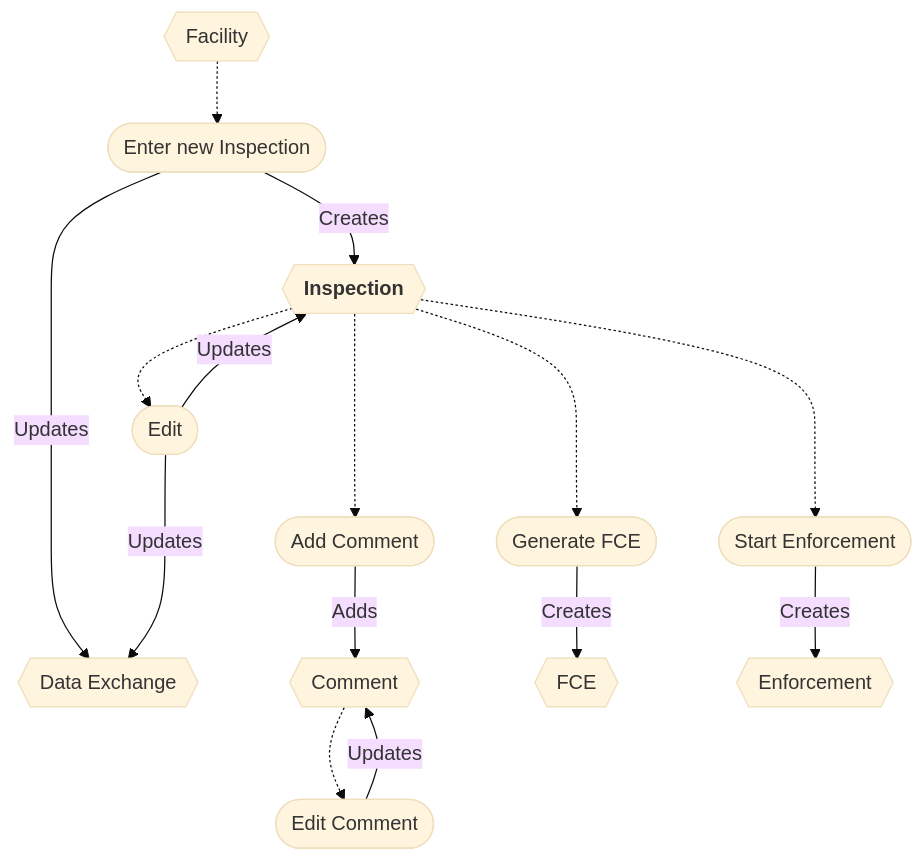
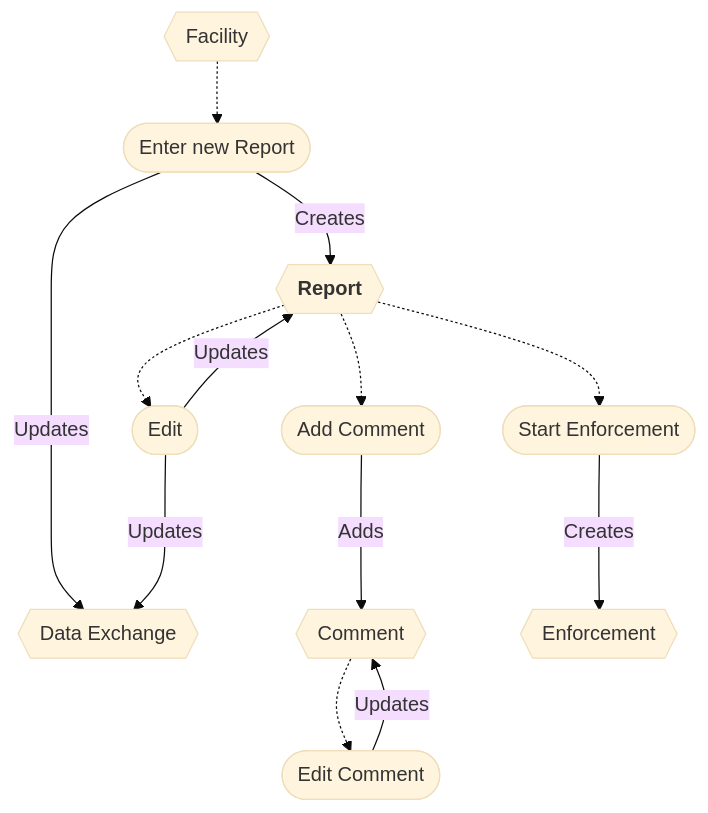
Before and after one commit to gaepdit/air-web: the diagram in docs/Workflows/Report-workflow.md, drawn with Mermaid (base theme). The commit also changed 4 other files, not shown here.

````diff
--- a/docs/Workflows/Report-workflow.md
+++ b/docs/Workflows/Report-workflow.md
@@ -11,33 +11,29 @@
 ```mermaid
 flowchart
     FAC{{Facility}}
-    INS{{"`**Inspection**`"}}
+    REP{{"`**Report**`"}}
     DX{{Data Exchange}}
     CMT{{Comment}}
-    FCE{{FCE}}
     ENF{{Enforcement}}
 
-    enter([Enter new Inspection])
+    enter([Enter new Report])
     comment([Add Comment])
     edit([Edit])
     enforce([Start Enforcement])
-    updateComment([Edit Comment])
-    fce([Generate FCE])
+    editComment([Edit Comment])
 
     FAC -.-> enter
-    INS -.-> edit
-    INS -..-> comment
-    INS -..-> enforce
-    INS -..-> fce
-    CMT -.-> updateComment
+    REP -.-> edit
+    REP -.-> comment
+    REP -.-> enforce
+    CMT -.-> editComment
 
-    enter -->|Creates| INS
-    edit -->|Updates| INS
-    updateComment -->|Updates| CMT
-    comment -->|Adds| CMT
-    fce -->|Creates| FCE
-    enforce -->|Creates| ENF
+    enter -->|Creates| REP
+    edit -->|Updates| REP
+    editComment -->|Updates| CMT
+    comment --->|Adds| CMT
+    enforce --->|Creates| ENF
     enter -->|Updates| DX
     edit --->|Updates| DX
 
 ```
````
